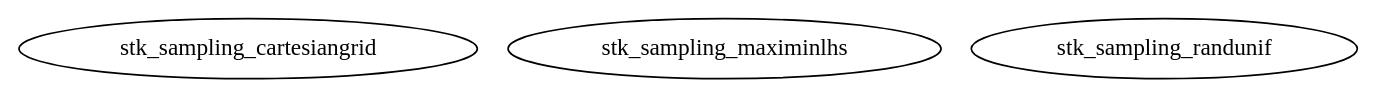
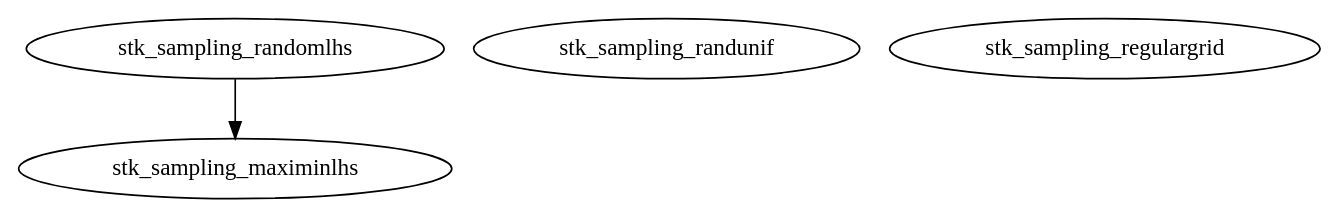
One commit to stk-kriging/stk changed the diagram in htmldoc/sampling/graph.dot. Above: the diagram before and after it, drawn with Graphviz. The commit also changed 45 other files, not shown here.

```diff
--- a/htmldoc/sampling/graph.dot
+++ b/htmldoc/sampling/graph.dot
@@ -1,7 +1,9 @@
 /* Created by mdot for Matlab */
 digraph m2html {
+  stk_sampling_randomlhs -> stk_sampling_maximinlhs;
 
-  stk_sampling_cartesiangrid [URL="stk_sampling_cartesiangrid.html"];
   stk_sampling_maximinlhs [URL="stk_sampling_maximinlhs.html"];
+  stk_sampling_randomlhs [URL="stk_sampling_randomlhs.html"];
   stk_sampling_randunif [URL="stk_sampling_randunif.html"];
+  stk_sampling_regulargrid [URL="stk_sampling_regulargrid.html"];
 }
```
